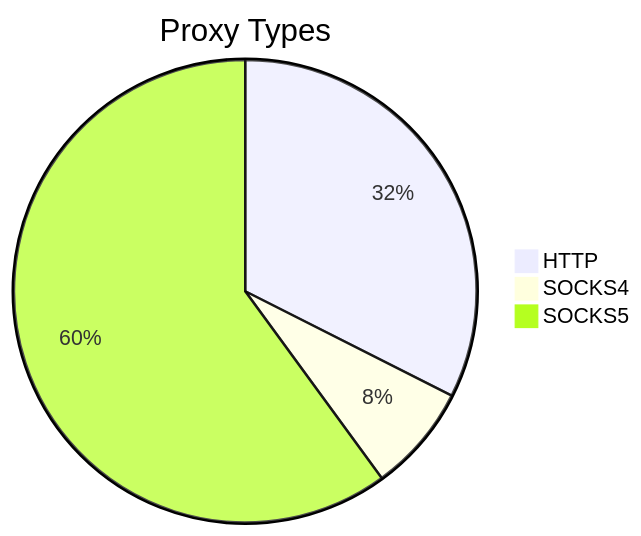
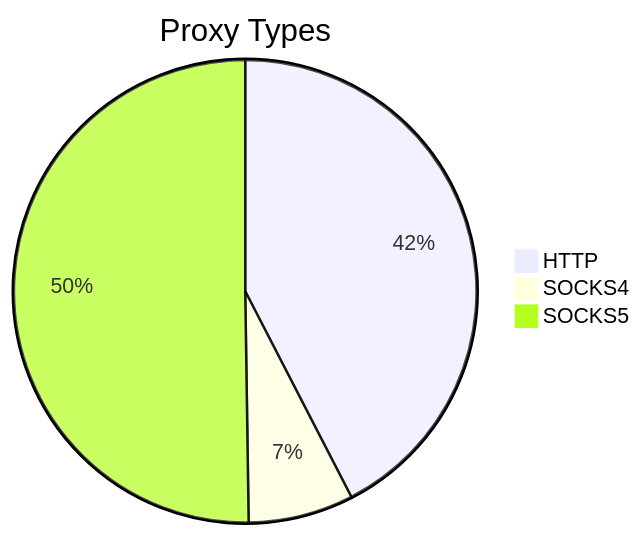
Before and after one commit to stormsia/proxy-list: the first of 2 diagrams in README.md, drawn with Mermaid. The commit also changed other lines of this file, not shown here.

````diff
--- a/README.md
+++ b/README.md
@@ -21,6 +21,6 @@
 ```mermaid
 pie title Proxy Types
-    "HTTP" : 307
-    "SOCKS4" : 71
-    "SOCKS5" : 568
+    "HTTP" : 179
+    "SOCKS4" : 31
+    "SOCKS5" : 212
 ```
````
